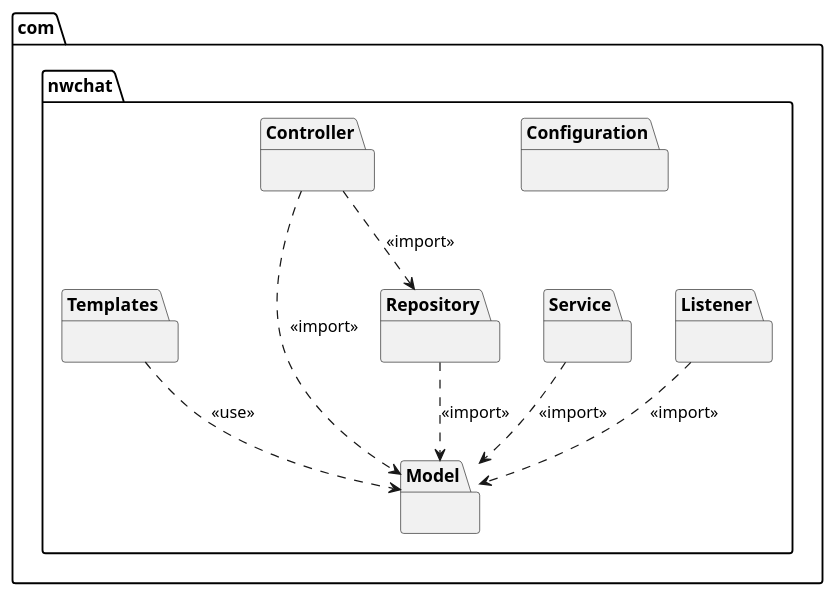
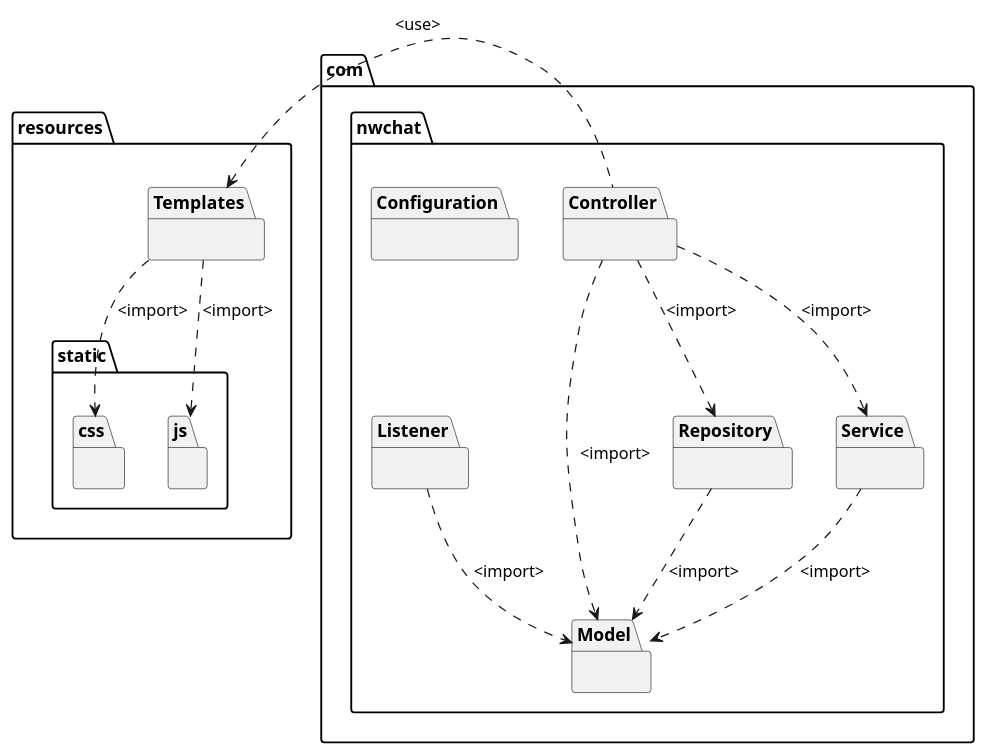
Before and after one commit to Pahoomich/nwchat: the diagram in UML/package diagramm/package.puml, drawn with PlantUML.

Commit message:
refactor package diagramm

```diff
--- a/UML/package diagramm/package.puml
+++ b/UML/package diagramm/package.puml
@@ -1,35 +1,41 @@
 @startuml
 package com.nwchat{
     namespace Configuration{
     }
     namespace Listener{
     }
     namespace Model{
     }
 
     namespace Repository{
     }
 
     namespace Service{
     }
 
     namespace Controller{
     }
+    Listener ..> Model : <import>
+    Service ..> Model : <import>
+    Controller ..> Model : <import>
+    Repository ..> Model : <import>
+    Controller ..> Repository : <import>
+    Controller ..> Service : <import>
+}
+
+package resources{
+    namespace static{
+        namespace css{
+        }
+        namespace js{
+        }
+    }
+
     namespace Templates{
     }
-    Listener ..> Model:<<import>>
-    Service ..> Model:<<import>>
-    Controller ..> Model:<<import>>
-    Repository ..> Model:<<import>>
-    Templates ..> Model:<<use>>
-    Controller ..> Repository:<<import>>
+
+    Templates ..> static.js : <import>
+    Templates ..> static.css : <import>
 }
-
-
-
-
-
-
-
-
+Templates <. Controller : <use>
 @enduml
```
